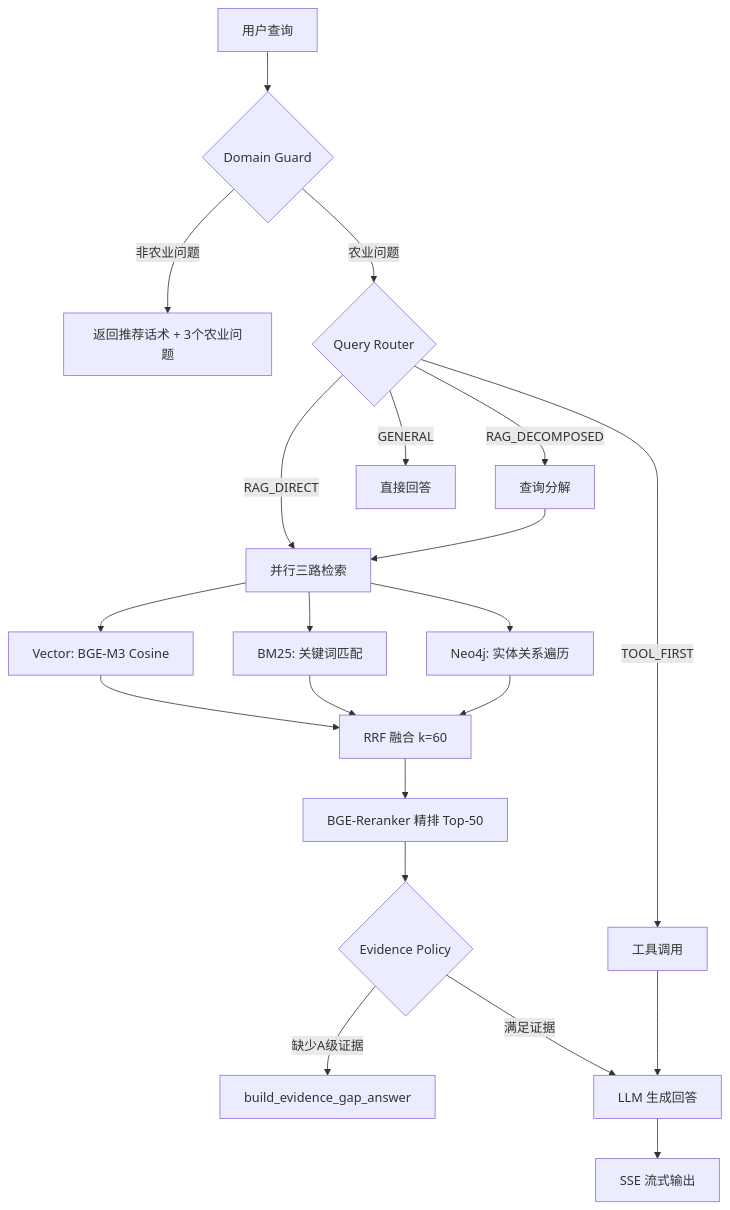
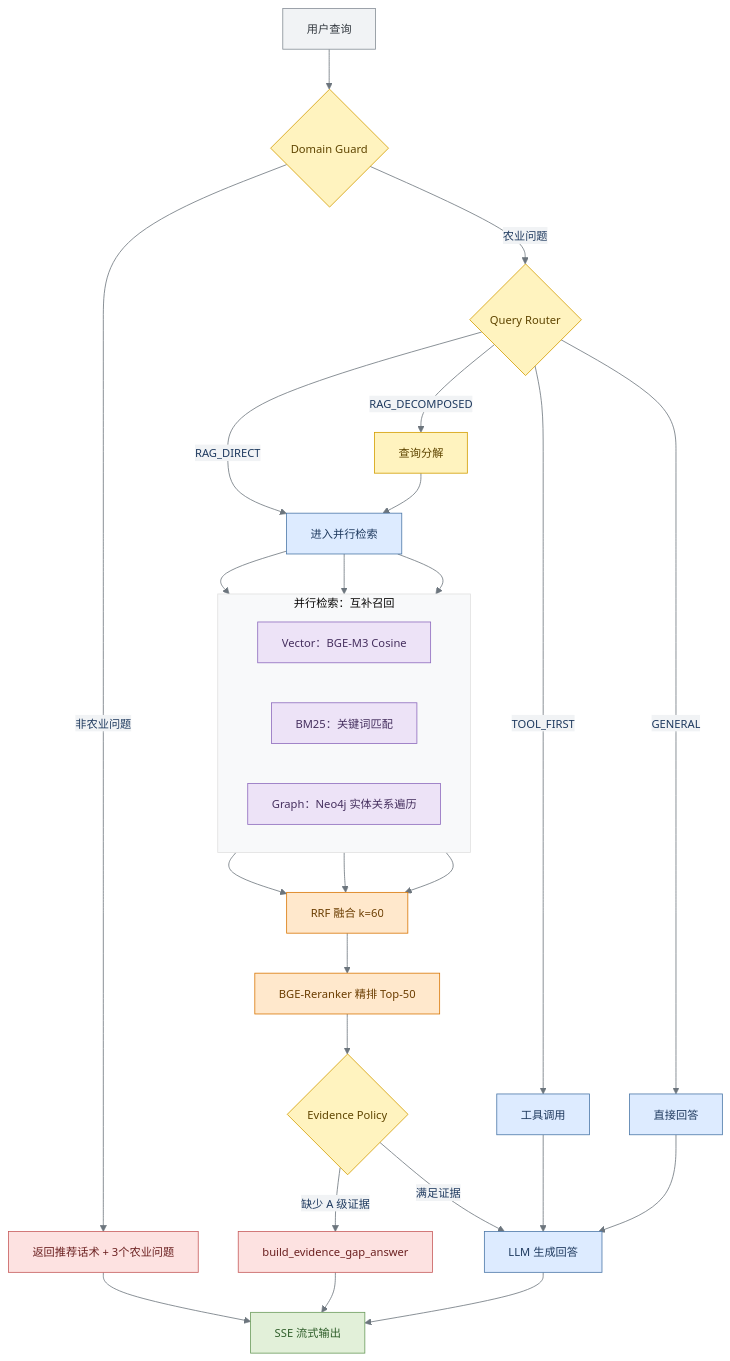
The first of 4 diagrams in 4-interview/projects/agri-qa-assistant/项目速记卡.md (1byteone/interview-note), drawn with Mermaid before and after one commit. The commit also changed other lines of this file and 5 other files, not shown here.

First line of the commit message:
style(mermaid): 统一 Mermaid 专业样式体系与语义规范

````diff
--- a/4-interview/projects/agri-qa-assistant/项目速记卡.md
+++ b/4-interview/projects/agri-qa-assistant/项目速记卡.md
@@ -162,22 +162,41 @@
 ```mermaid
+%%{init: {"theme": "base", "fontFamily": "Arial, Microsoft YaHei, sans-serif", "fontSize": 14, "themeVariables": {"fontFamily": "Arial, Microsoft YaHei, sans-serif", "fontSize": "14px", "textColor": "#343A40", "lineColor": "#6C757D", "primaryColor": "#DDEBFF", "primaryBorderColor": "#4C78A8", "primaryTextColor": "#1F3A5F", "secondaryColor": "#F1F3F5", "tertiaryColor": "#F8F9FA"}}}%%
 flowchart TD
-    A[用户查询] --> B{Domain Guard}
-    B -- 非农业问题 --> B1[返回推荐话术 + 3个农业问题]
-    B -- 农业问题 --> C{Query Router}
-    C -- RAG_DIRECT --> D[并行三路检索]
-    C -- RAG_DECOMPOSED --> D2[查询分解] --> D
-    C -- TOOL_FIRST --> T[工具调用]
-    C -- GENERAL --> G[直接回答]
-    D --> D1[Vector: BGE-M3 Cosine]
-    D --> D3[BM25: 关键词匹配]
-    D --> D4[Neo4j: 实体关系遍历]
-    D1 --> E[RRF 融合 k=60]
-    D3 --> E
-    D4 --> E
-    E --> F[BGE-Reranker 精排 Top-50]
-    F --> H{Evidence Policy}
-    H -- 缺少A级证据 --> H1[build_evidence_gap_answer]
-    H -- 满足证据 --> I[LLM 生成回答]
-    T --> I
-    I --> J[SSE 流式输出]
+    U[用户查询]:::external --> G{Domain Guard}:::guardRouter
+    G -- 非农业问题 --> GB[返回推荐话术 + 3个农业问题]:::safety
+    G -- 农业问题 --> R{Query Router}:::guardRouter
+    R -- RAG_DIRECT --> P[进入并行检索]:::core
+    R -- RAG_DECOMPOSED --> Q[查询分解]:::guardRouter --> P
+    R -- TOOL_FIRST --> T[工具调用]:::core
+    R -- GENERAL --> GA[直接回答]:::core
+
+    subgraph RET[并行检索：互补召回]
+        direction LR
+        V[Vector：BGE-M3 Cosine]:::stores
+        B[BM25：关键词匹配]:::stores
+        N[Graph：Neo4j 实体关系遍历]:::stores
+    end
+    P --> V
+    P --> B
+    P --> N
+    V --> F[RRF 融合 k=60]:::fusion
+    B --> F
+    N --> F
+    F --> RR[BGE-Reranker 精排 Top-50]:::fusion
+    RR --> EP{Evidence Policy}:::guardRouter
+    EP -- 缺少 A 级证据 --> SG[build_evidence_gap_answer]:::safety
+    EP -- 满足证据 --> L[LLM 生成回答]:::core
+    T --> L
+    GA --> L
+    GB --> S[SSE 流式输出]:::success
+    SG --> S
+    L --> S
+
+    classDef external fill:#F1F3F5,stroke:#868E96,color:#343A40,stroke-width:1px;
+    classDef guardRouter fill:#FFF3BF,stroke:#D39E00,color:#5F4500,stroke-width:1px;
+    classDef core fill:#DDEBFF,stroke:#4C78A8,color:#1F3A5F,stroke-width:1px;
+    classDef stores fill:#EDE3F7,stroke:#8E6BBE,color:#46305F,stroke-width:1px;
+    classDef fusion fill:#FFE8CC,stroke:#D97706,color:#6B3D00,stroke-width:1px;
+    classDef safety fill:#FDE2E1,stroke:#C75C5C,color:#6B2020,stroke-width:1px;
+    classDef success fill:#E2F0D9,stroke:#6A9B5B,color:#2F5E2A,stroke-width:1px;
 ```
````
